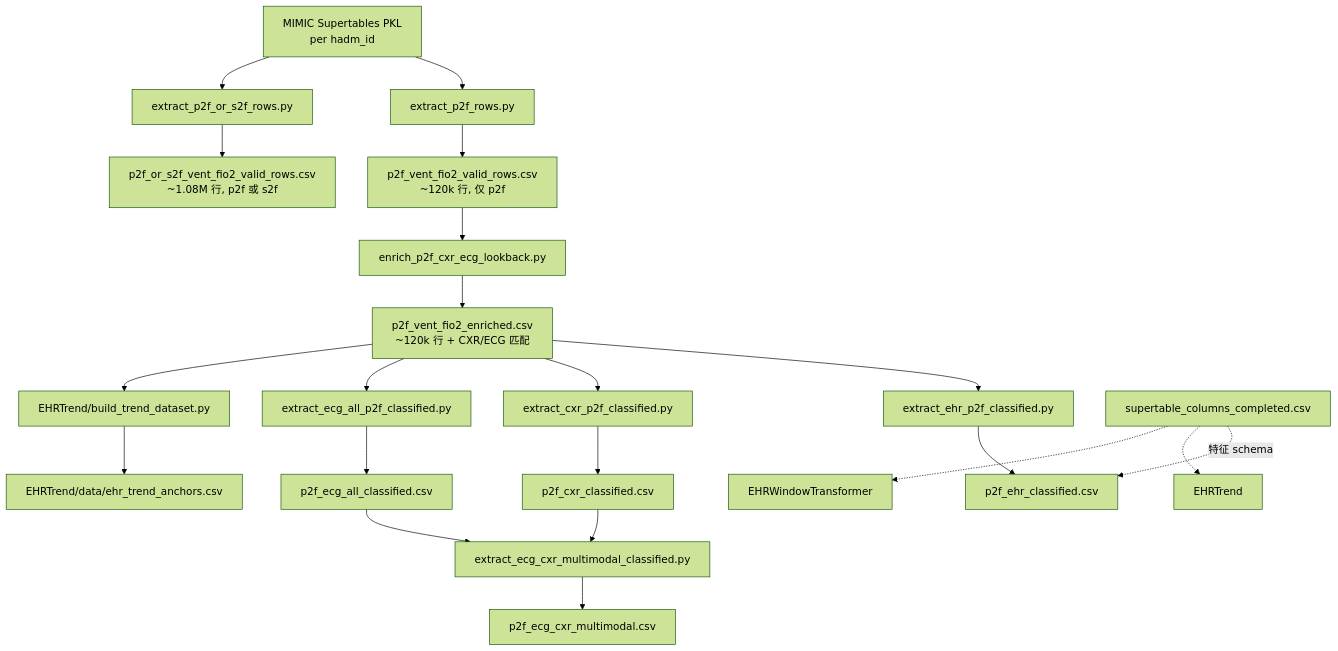
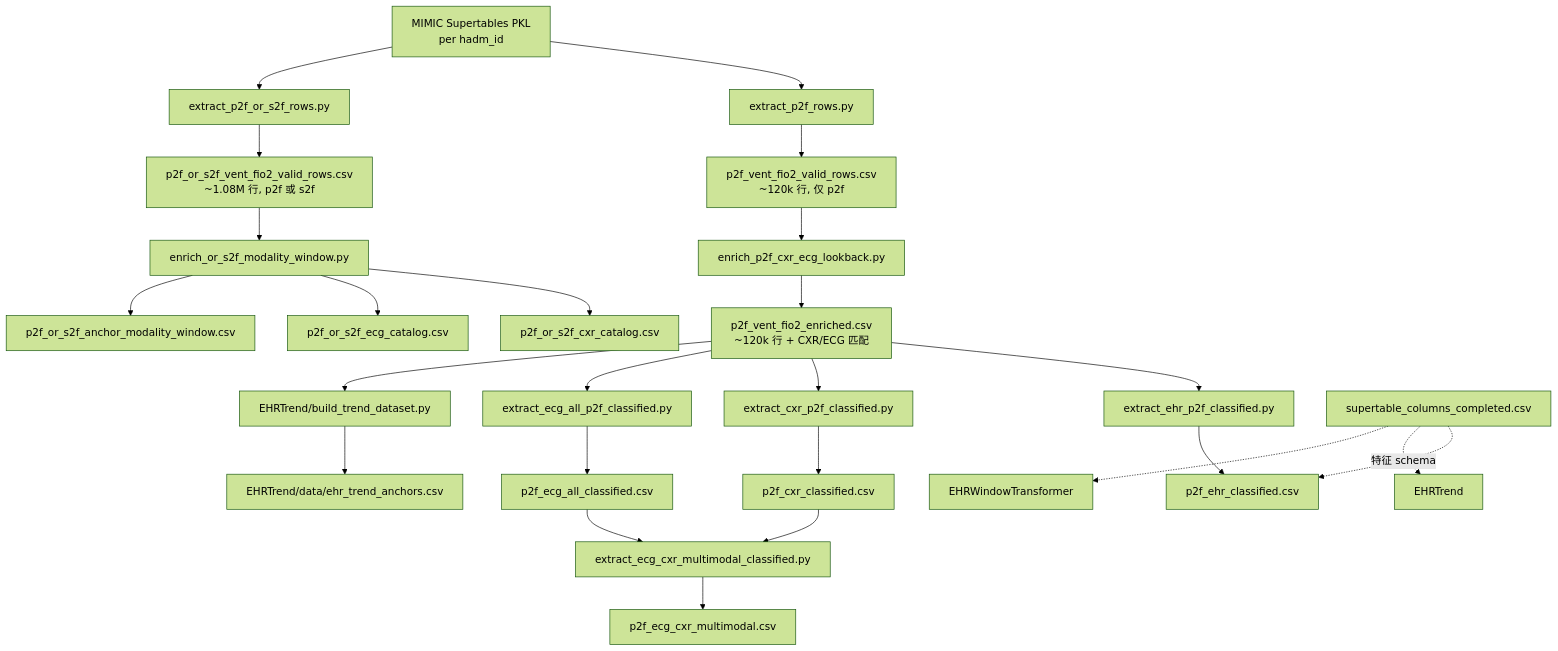
One commit to GuangzhiSu/Waveform_CXR_EHR changed the diagram in README.md. Above: the diagram before and after it, drawn with Mermaid (forest theme). The commit also changed other lines of this file and 34 other files, not shown here.

````diff
--- a/README.md
+++ b/README.md
@@ -40,30 +40,36 @@
 ```mermaid
 flowchart TD
     ST[MIMIC Supertables PKL<br/>per hadm_id] --> EX1[extract_p2f_rows.py]
     ST --> EX2[extract_p2f_or_s2f_rows.py]
 
+    EX2 --> P2FS[p2f_or_s2f_vent_fio2_valid_rows.csv<br/>~1.08M 行, p2f 或 s2f]
+
+    P2FS --> ENR24[enrich_or_s2f_modality_window.py]
+    ENR24 --> CXR_CAT[p2f_or_s2f_cxr_catalog.csv]
+    ENR24 --> ECG_CAT[p2f_or_s2f_ecg_catalog.csv]
+    ENR24 --> ANCH_MOD[p2f_or_s2f_anchor_modality_window.csv]
+
     EX1 --> P2F[p2f_vent_fio2_valid_rows.csv<br/>~120k 行, 仅 p2f]
-    EX2 --> P2FS[p2f_or_s2f_vent_fio2_valid_rows.csv<br/>~1.08M 行, p2f 或 s2f]
 
     P2F --> ENR[enrich_p2f_cxr_ecg_lookback.py]
     ENR --> ENRICH[p2f_vent_fio2_enriched.csv<br/>~120k 行 + CXR/ECG 匹配]
 
     ENRICH --> EHR_C[extract_ehr_p2f_classified.py]
     ENRICH --> CXR_C[extract_cxr_p2f_classified.py]
     ENRICH --> ECG_C[extract_ecg_all_p2f_classified.py]
 
     EHR_C --> EHR[p2f_ehr_classified.csv]
     CXR_C --> CXR[p2f_cxr_classified.csv]
     ECG_C --> ECG[p2f_ecg_all_classified.csv]
 
     CXR --> MM[extract_ecg_cxr_multimodal_classified.py]
     ECG --> MM
     MM --> MULTI[p2f_ecg_cxr_multimodal.csv]
 
     ENRICH --> TREND[EHRTrend/build_trend_dataset.py]
     TREND --> ANCH[EHRTrend/data/ehr_trend_anchors.csv]
 
     SCHEMA[supertable_columns_completed.csv] -.->|特征 schema| EHR
     SCHEMA -.-> EHRTrend
     SCHEMA -.-> EHRWindowTransformer
 ```
````
